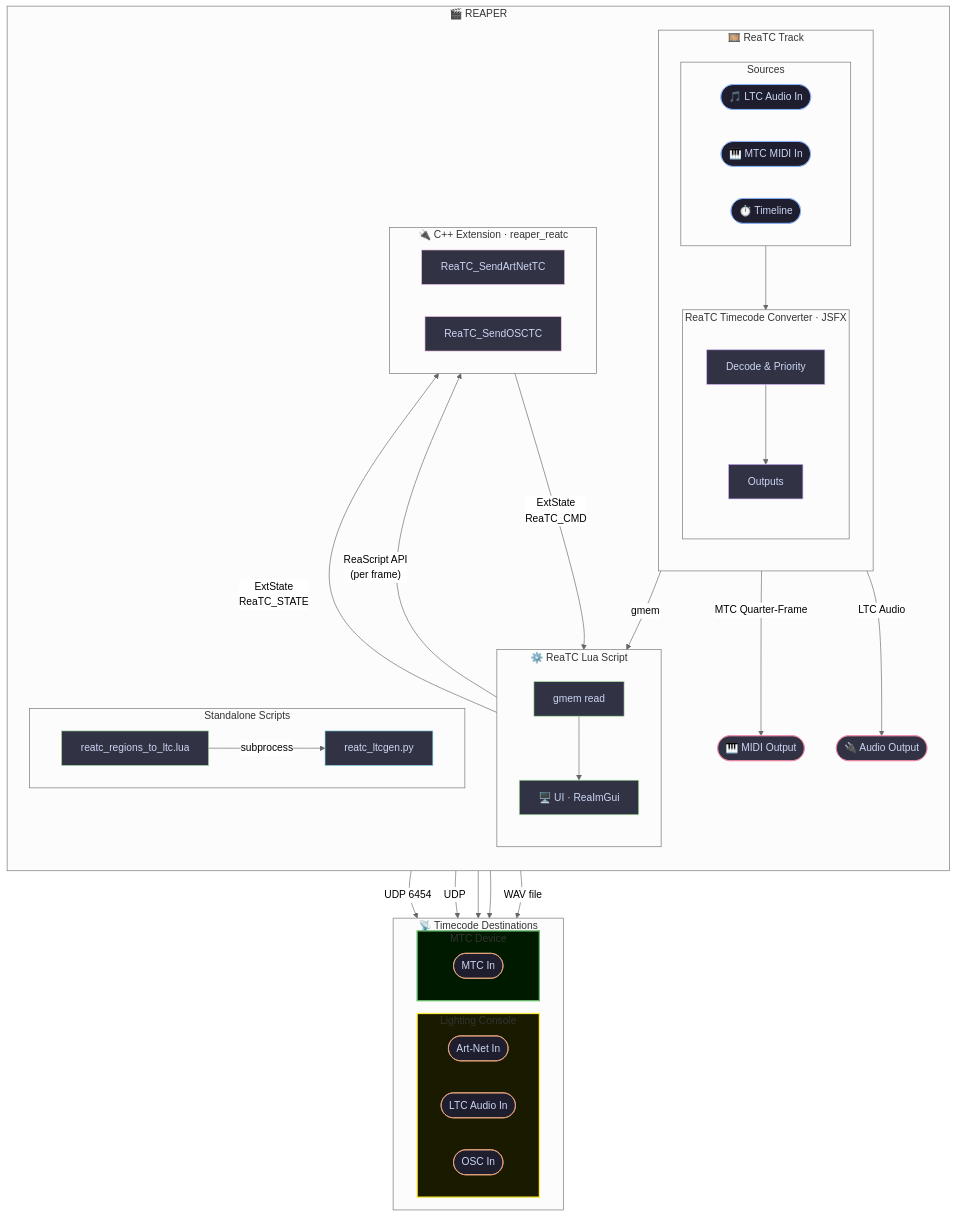
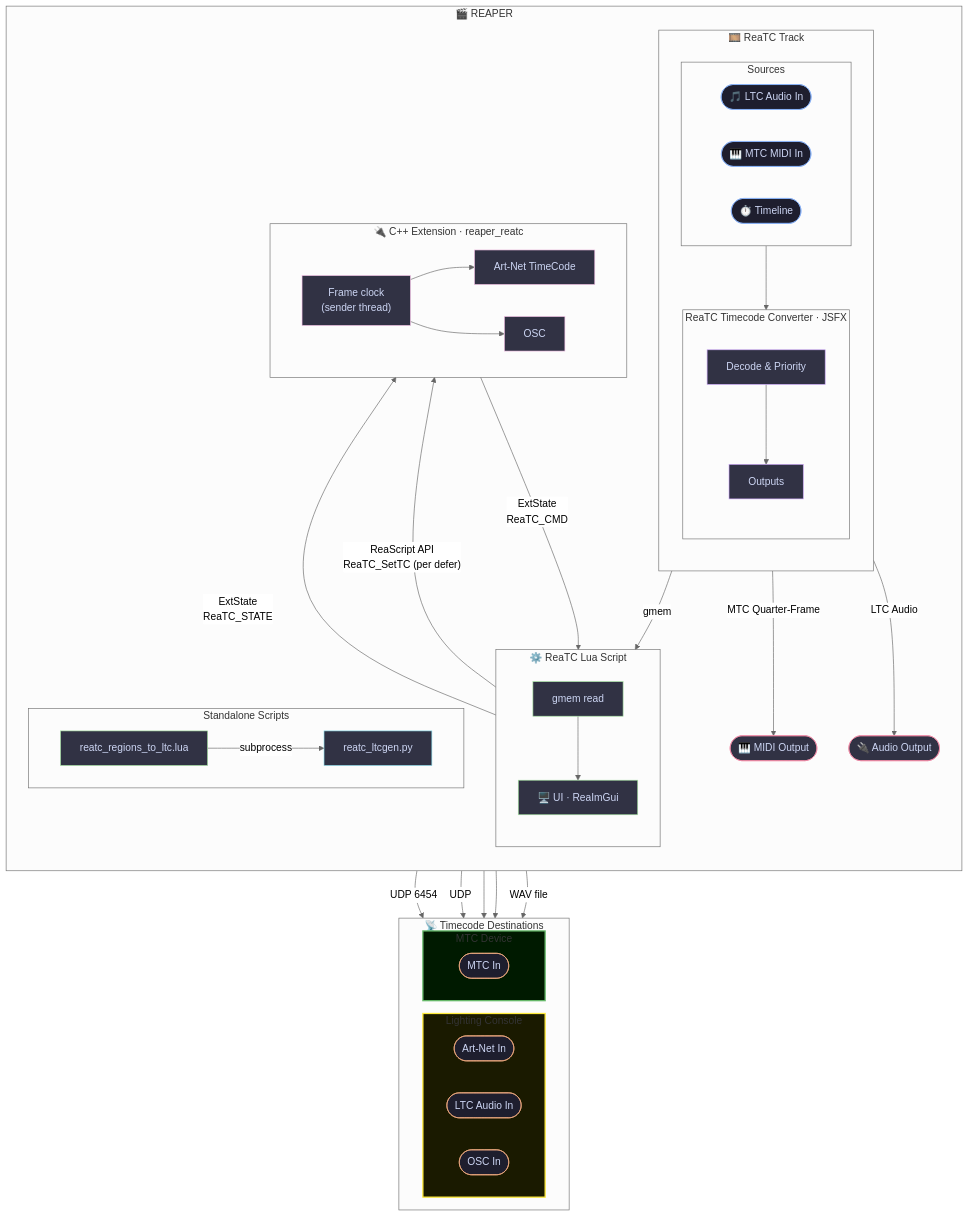
One commit to paskateknikko/ReaTC changed the diagram in docs/architecture.mmd. Above: the diagram before and after it, drawn with Mermaid (neutral theme). The commit also changed 13 other files, not shown here.

First line of the commit message:
fix(extension): send Art-Net/OSC once per frame from a sender thread

```diff
--- a/docs/architecture.mmd
+++ b/docs/architecture.mmd
@@ -1,79 +1,82 @@
 flowchart TD
     classDef device      fill:#1e1e2e,stroke:#89b4fa,color:#cdd6f4
     classDef fx          fill:#313244,stroke:#cba6f7,color:#cdd6f4
     classDef output      fill:#313244,stroke:#f38ba8,color:#cdd6f4
     classDef destination fill:#1e1e2e,stroke:#fab387,color:#cdd6f4
     classDef script      fill:#313244,stroke:#a6e3a1,color:#cdd6f4
     classDef daemon      fill:#313244,stroke:#89dceb,color:#cdd6f4
     classDef extension   fill:#313244,stroke:#f5c2e7,color:#cdd6f4
 
     subgraph REAPER ["🎬 REAPER"]
         direction TB
 
         subgraph TRACK ["🎞️ ReaTC Track"]
             direction TB
 
             subgraph SOURCES ["Sources"]
                 direction LR
                 LTC_AUDIO(["🎵 LTC Audio In"]):::device
                 MTC_MIDI(["🎹 MTC MIDI In"]):::device
                 TIMELINE(["⏱️ Timeline"]):::device
             end
 
             subgraph JSFX ["ReaTC Timecode Converter · JSFX"]
                 direction TB
                 DECODE["Decode & Priority"]:::fx
                 ENCODE["Outputs"]:::fx
                 DECODE --> ENCODE
             end
 
             SOURCES --> DECODE
         end
 
         subgraph LUA ["⚙️ ReaTC Lua Script"]
             direction TB
             GMEM_READ["gmem read"]:::script
             UI["🖥️ UI · ReaImGui"]:::script
             GMEM_READ --> UI
         end
 
         subgraph CPP_EXT ["🔌 C++ Extension · reaper_reatc"]
             direction LR
-            ARTNET_TX["ReaTC_SendArtNetTC"]:::extension
-            OSC_TX["ReaTC_SendOSCTC"]:::extension
+            FRAME_CLOCK["Frame clock\n(sender thread)"]:::extension
+            ARTNET_TX["Art-Net TimeCode"]:::extension
+            OSC_TX["OSC"]:::extension
+            FRAME_CLOCK --> ARTNET_TX
+            FRAME_CLOCK --> OSC_TX
         end
-        GMEM_READ -- "ReaScript API\n(per frame)" --> CPP_EXT
+        GMEM_READ -- "ReaScript API\nReaTC_SetTC (per defer)" --> CPP_EXT
         CPP_EXT -- "ExtState\nReaTC_CMD" --> LUA
         LUA -- "ExtState\nReaTC_STATE" --> CPP_EXT
 
         subgraph BAKE ["Standalone Scripts"]
             direction LR
             REGIONS_LUA["reatc_regions_to_ltc.lua"]:::script
             LTCGEN_PY["reatc_ltcgen.py"]:::daemon
             REGIONS_LUA -- "subprocess" --> LTCGEN_PY
         end
 
         ENCODE -- "gmem" --> GMEM_READ
         ENCODE -- "LTC Audio" --> PHY_OUT(["🔌 Audio Output"]):::output
         ENCODE -- "MTC Quarter-Frame" --> MIDI_OUT(["🎹 MIDI Output"]):::output
     end
 
     subgraph DESTINATIONS ["📡 Timecode Destinations"]
         direction LR
         subgraph CONSOLE ["Lighting Console"]
             style CONSOLE stroke:#ffeb3b,stroke-width:2px,fill:#1a1a00
             ARTNET_IN(["Art-Net In"]):::destination
             LTC_IN(["LTC Audio In"]):::destination
             OSC_IN(["OSC In"]):::destination
         end
         subgraph MTC_DEST ["MTC Device"]
             style MTC_DEST stroke:#66bb6a,stroke-width:2px,fill:#001a00
             MTC_IN(["MTC In"]):::destination
         end
     end
 
     ARTNET_TX -- "UDP 6454" --> ARTNET_IN
     OSC_TX -- "UDP" --> OSC_IN
     PHY_OUT --> LTC_IN
     MIDI_OUT --> MTC_IN
     LTCGEN_PY -- "WAV file" --> LTC_IN
```
